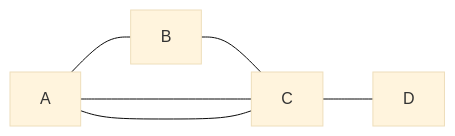
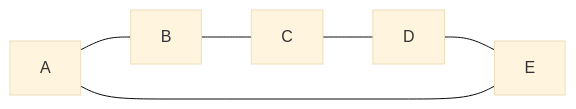
The third of 3 diagrams in _posts/Draft-2014-04-14-Traingle-Pentagon-Cyle-Lenght.md (sorukumar/blog), drawn with Mermaid (base theme) before and after one commit. The commit also changed other lines of this file, not shown here.

````diff
--- a/_posts/Draft-2014-04-14-Traingle-Pentagon-Cyle-Lenght.md
+++ b/_posts/Draft-2014-04-14-Traingle-Pentagon-Cyle-Lenght.md
@@ -39,8 +27,8 @@
 ```mermaid
-graph LR 
+flowchart LR 
 	A --- B 
 	B --- C 
 	C --- D
-	C --- A
-	C --- A
+	D --- E
+	E --- A
    ```
````
